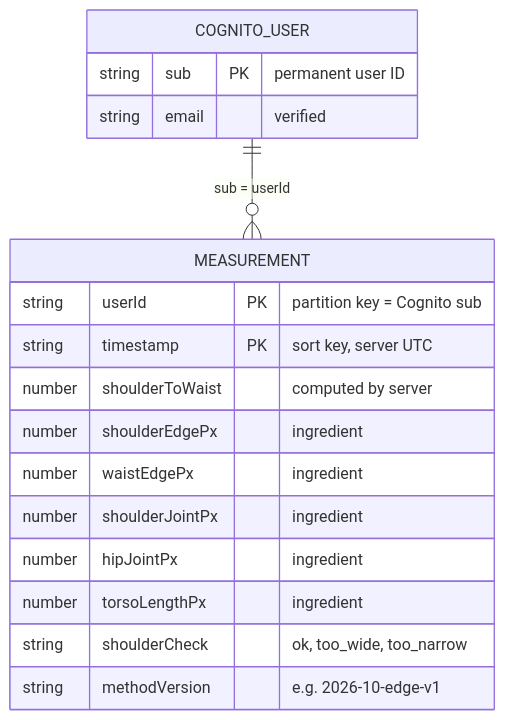
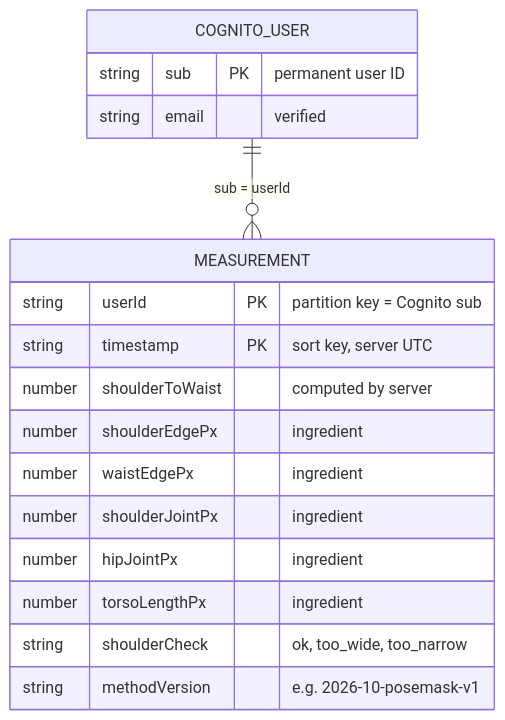
One commit to ashutosharma2/LiftLens changed diagram 13 of 15 in docs/architecture.md. Above: the diagram before and after it, drawn with Mermaid. The commit also changed other lines of this file and 6 other files, not shown here.

````diff
--- a/docs/architecture.md
+++ b/docs/architecture.md
@@ -390,20 +390,20 @@
 ```mermaid
 erDiagram
     COGNITO_USER ||--o{ MEASUREMENT : "sub = userId"
     COGNITO_USER {
         string sub PK "permanent user ID"
         string email "verified"
     }
     MEASUREMENT {
         string userId PK "partition key = Cognito sub"
         string timestamp PK "sort key, server UTC"
         number shoulderToWaist "computed by server"
         number shoulderEdgePx "ingredient"
         number waistEdgePx "ingredient"
         number shoulderJointPx "ingredient"
         number hipJointPx "ingredient"
         number torsoLengthPx "ingredient"
         string shoulderCheck "ok, too_wide, too_narrow"
-        string methodVersion "e.g. 2026-10-edge-v1"
+        string methodVersion "e.g. 2026-10-posemask-v1"
     }
 ```
````
